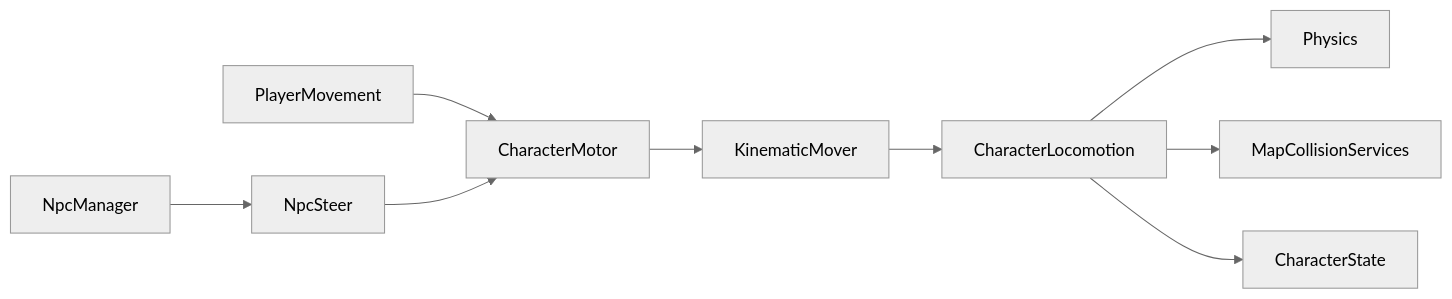
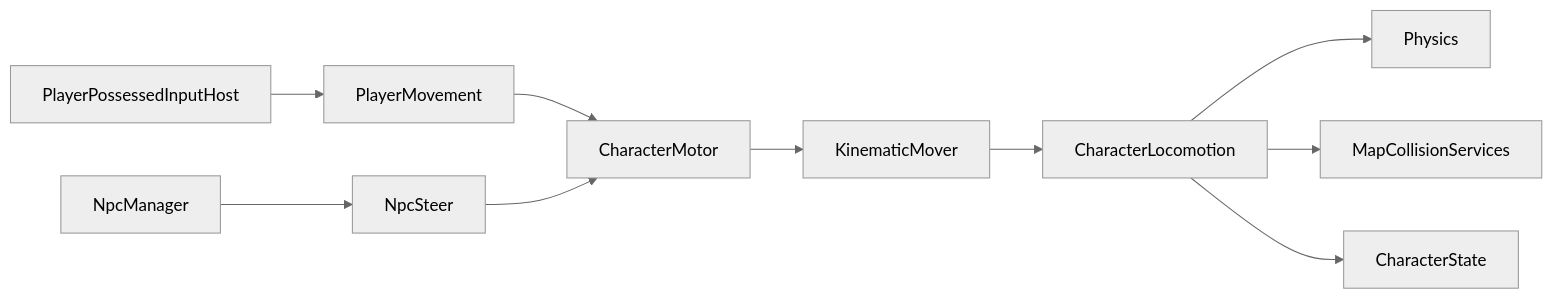
Before and after one commit to garunnir/Project_Pictureless: the diagram in docs/locomotion/LOCOMOTION.md, drawn with Mermaid (neutral theme). The commit also changed other lines of this file and 51 other files, not shown here.

````diff
--- a/docs/locomotion/LOCOMOTION.md
+++ b/docs/locomotion/LOCOMOTION.md
@@ -11,11 +11,12 @@
 ```mermaid
 flowchart LR
+    PlayerPossessedInputHost --> PlayerMovement
     PlayerMovement --> CharacterMotor
     NpcManager --> NpcSteer
     NpcSteer --> CharacterMotor
     CharacterMotor --> KinematicMover
     KinematicMover --> CharacterLocomotion
     CharacterLocomotion --> Physics
     CharacterLocomotion --> MapCollisionServices
     CharacterLocomotion --> CharacterState
 ```
````
